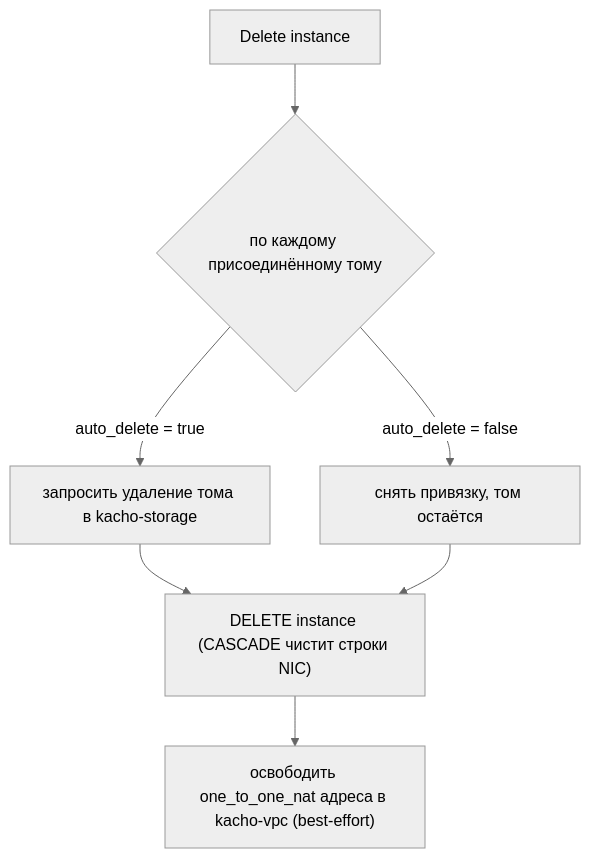
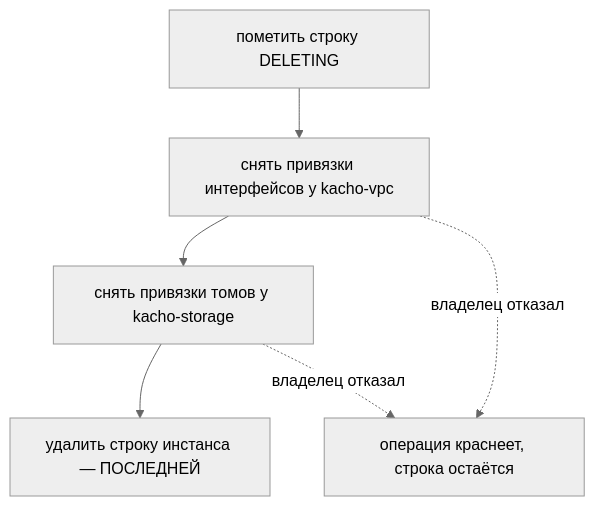
The second of 2 diagrams in services/compute/docs/content/architecture/instance-lifecycle.mdx (PRO-Robotech/kacho), drawn with Mermaid (neutral theme) before and after one commit. The commit also changed other lines of this file and 28 other files, not shown here.

````diff
--- a/services/compute/docs/content/architecture/instance-lifecycle.mdx
+++ b/services/compute/docs/content/architecture/instance-lifecycle.mdx
@@ -86,9 +88,8 @@
 ```mermaid
 flowchart TD
-  del["Delete instance"] --> loop{"по каждому присоединённому тому"}
-  loop -->|"auto_delete = true"| dd["запросить удаление тома в kacho-storage"]
-  loop -->|"auto_delete = false"| detach["снять привязку, том остаётся"]
-  dd --> rm["DELETE instance (CASCADE чистит строки NIC)"]
-  detach --> rm
-  rm --> nat["освободить one_to_one_nat адреса в kacho-vpc (best-effort)"]
+  mark["пометить строку DELETING"] --> nic["снять привязки интерфейсов у kacho-vpc"]
+  nic --> vol["снять привязки томов у kacho-storage"]
+  vol --> rm["удалить строку инстанса — ПОСЛЕДНЕЙ"]
+  nic -.->|"владелец отказал"| red["операция краснеет, строка остаётся"]
+  vol -.->|"владелец отказал"| red
 ```
````
